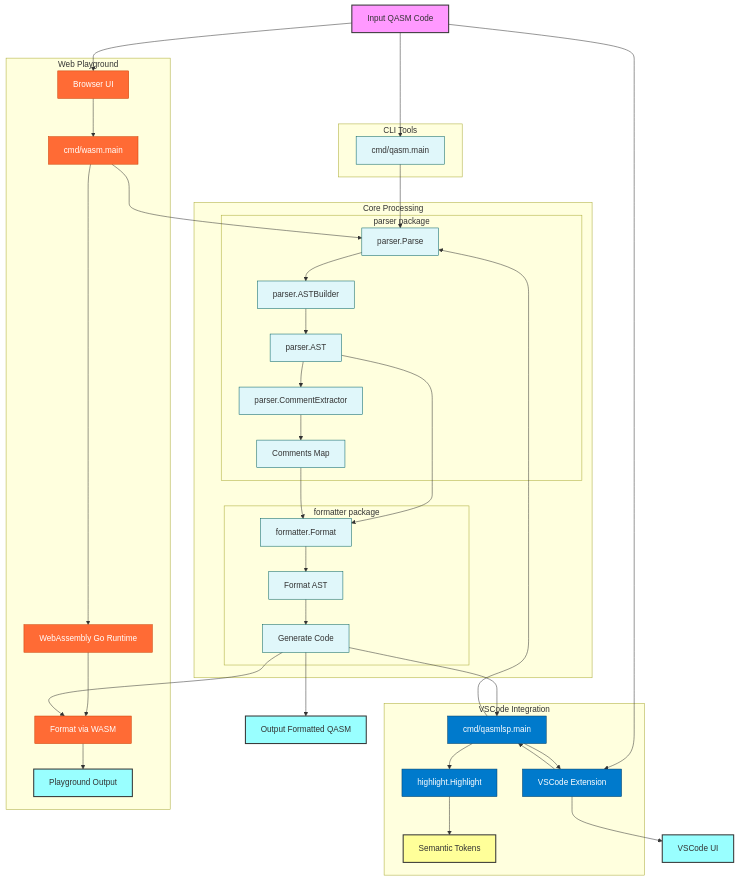
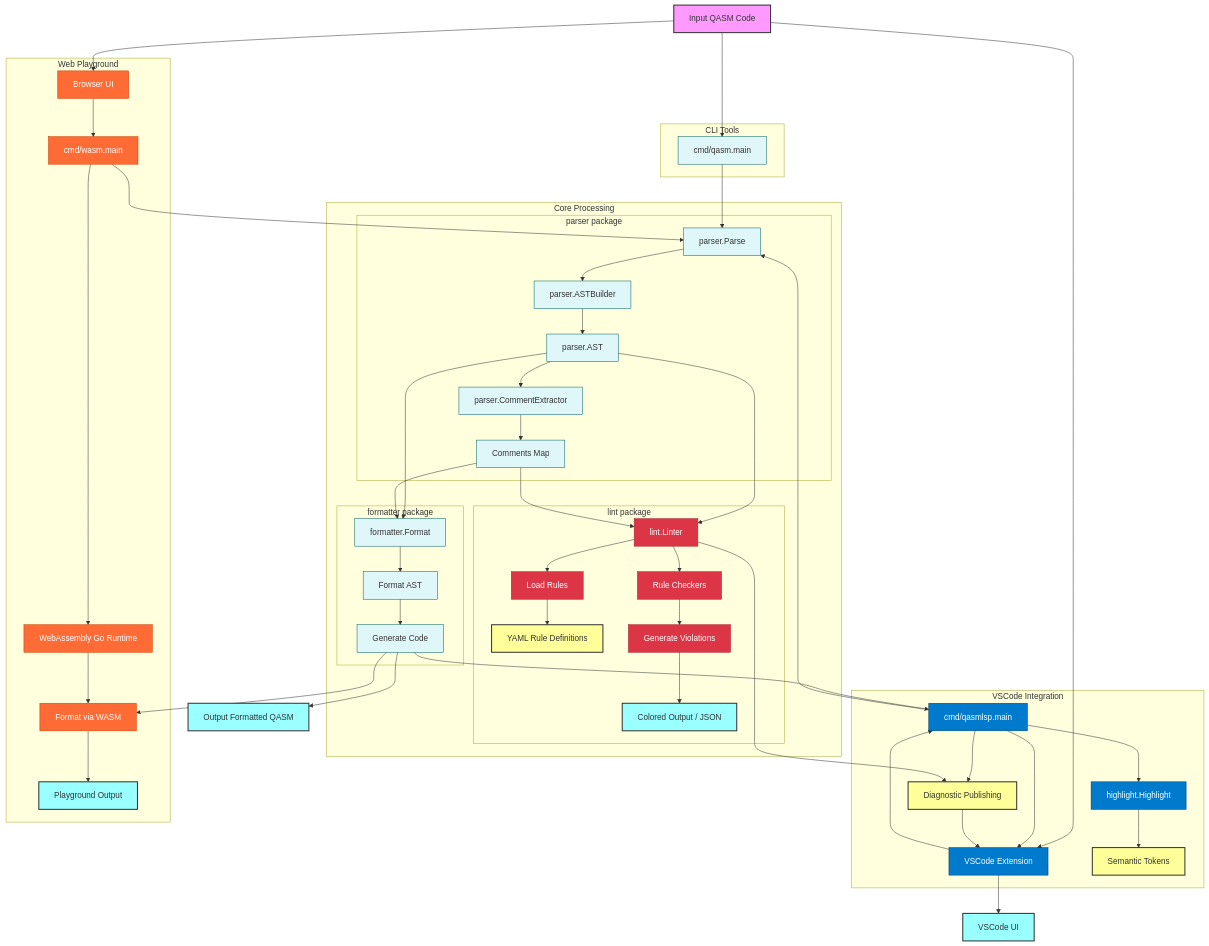
Before and after one commit to orangekame3/qasmtools: the diagram in README.md, drawn with Mermaid. The commit also changed other lines of this file, not shown here.

Commit message:
README.md: enhance linting documentation and flow diagram (#71)

````diff
--- a/README.md
+++ b/README.md
@@ -479,6 +482,7 @@
         VSC[VSCode Extension] --> LSP[cmd/qasmlsp.main]
         LSP --> HL[highlight.Highlight]
         HL --> ST[Semantic Tokens]
+        LSP --> DIAG[Diagnostic Publishing]
     end
     
     subgraph "Web Playground"
@@ -505,6 +509,14 @@
             H[Format AST]
             I[Generate Code]
         end
+        
+        subgraph "lint package"
+            L[lint.Linter] --> LR[Load Rules]
+            LR --> LY[YAML Rule Definitions]
+            L --> LC[Rule Checkers]
+            LC --> LV[Generate Violations]
+            LV --> LO[Colored Output / JSON]
+        end
     end
     
     D --> G
@@ -515,19 +527,29 @@
     I --> LSP
     I --> WF
     
+    D --> L
+    F --> L
+    
     LSP --> VSC
     VSC --> K[VSCode UI]
+    L --> DIAG
+    DIAG --> VSC
     
     style A fill:#f9f,stroke:#333,stroke-width:2px
     style J fill:#9ff,stroke:#333,stroke-width:2px
     style K fill:#9ff,stroke:#333,stroke-width:2px
     style PO fill:#9ff,stroke:#333,stroke-width:2px
+    style LO fill:#9ff,stroke:#333,stroke-width:2px
     style ST fill:#ff9,stroke:#333,stroke-width:2px
+    style DIAG fill:#ff9,stroke:#333,stroke-width:2px
+    style LY fill:#ff9,stroke:#333,stroke-width:2px
     
     classDef package fill:#e0f7fa,stroke:#006064
     classDef vscode fill:#007acc,stroke:#003d66,color:#fff
     classDef playground fill:#ff6b35,stroke:#cc3d00,color:#fff
+    classDef lint fill:#dc3545,stroke:#a71e2b,color:#fff
     class M,B,C,D,E,F,G,H,I package
     class VSC,LSP,HL vscode
     class PW,WASM,WG,WF playground
+    class L,LR,LC,LV lint
 ```
````
